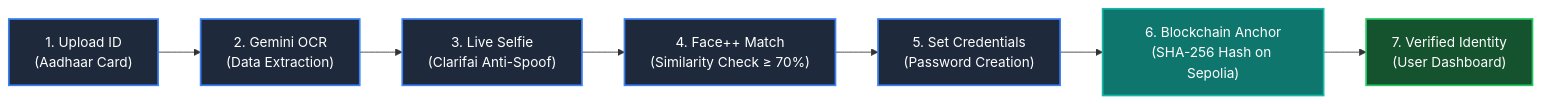
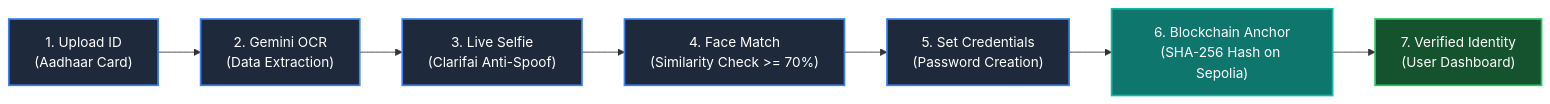
Before and after one commit to MdKaifSardar/HashTrust: the second of 3 diagrams in README.md, drawn with Mermaid. The commit also changed other lines of this file, not shown here.

Commit message:
docs: fix Mermaid diagram syntax for GitHub markdown rendering

````diff
--- a/README.md
+++ b/README.md
@@ -73,17 +73,17 @@
 ```mermaid
 flowchart LR
-    A["1. Upload ID\n(Aadhaar Card)"] --> B["2. Gemini OCR\n(Data Extraction)"]
-    B --> C["3. Live Selfie\n(Clarifai Anti-Spoof)"]
-    C --> D["4. Face++ Match\n(Similarity Check ≥ 70%)"]
-    D --> E["5. Set Credentials\n(Password Creation)"]
-    E --> F["6. Blockchain Anchor\n(SHA-256 Hash on Sepolia)"]
-    F --> G["7. Verified Identity\n(User Dashboard)"]
+    A["1. Upload ID<br/>(Aadhaar Card)"] --> B["2. Gemini OCR<br/>(Data Extraction)"]
+    B --> C["3. Live Selfie<br/>(Clarifai Anti-Spoof)"]
+    C --> D["4. Face Match<br/>(Similarity Check &gt;= 70%)"]
+    D --> E["5. Set Credentials<br/>(Password Creation)"]
+    E --> F["6. Blockchain Anchor<br/>(SHA-256 Hash on Sepolia)"]
+    F --> G["7. Verified Identity<br/>(User Dashboard)"]
 
     style A fill:#1e293b,stroke:#3b82f6,stroke-width:2px,color:#fff
     style B fill:#1e293b,stroke:#3b82f6,stroke-width:2px,color:#fff
     style C fill:#1e293b,stroke:#3b82f6,stroke-width:2px,color:#fff
     style D fill:#1e293b,stroke:#3b82f6,stroke-width:2px,color:#fff
     style E fill:#1e293b,stroke:#3b82f6,stroke-width:2px,color:#fff
     style F fill:#0f766e,stroke:#14b8a6,stroke-width:2px,color:#fff
     style G fill:#14532d,stroke:#22c55e,stroke-width:2px,color:#fff
 ```
````
